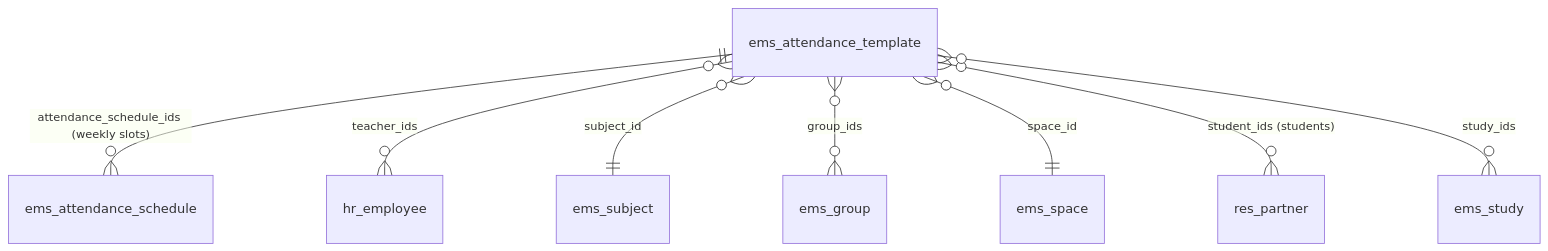
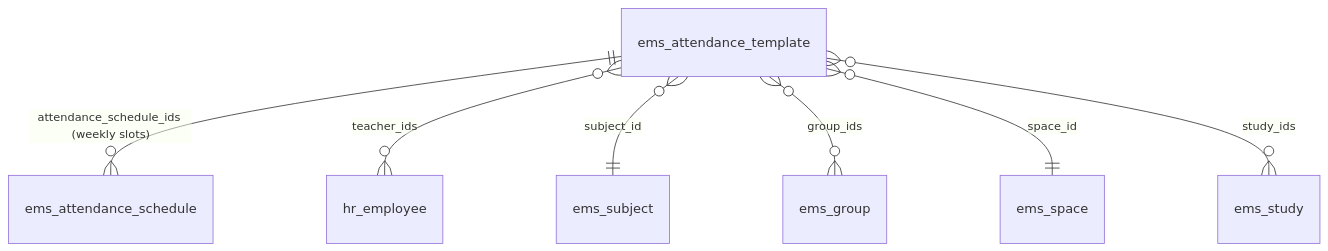
Before and after one commit to ElPuig/EMS: the first of 2 diagrams in docs/en/developers/attendance/attendance_template.md, drawn with Mermaid. The commit also changed other lines of this file and 34 other files, not shown here.

````diff
--- a/docs/en/developers/attendance/attendance_template.md
+++ b/docs/en/developers/attendance/attendance_template.md
@@ -15,10 +15,9 @@
 ```mermaid
 erDiagram
     ems_attendance_template ||--o{ ems_attendance_schedule : "attendance_schedule_ids (weekly slots)"
     ems_attendance_template }o--o{ hr_employee : "teacher_ids"
     ems_attendance_template }o--|| ems_subject : subject_id
     ems_attendance_template }o--o{ ems_group : group_ids
     ems_attendance_template }o--|| ems_space : space_id
-    ems_attendance_template }o--o{ res_partner : "student_ids (students)"
     ems_attendance_template }o--o{ ems_study : study_ids
 ```
````
